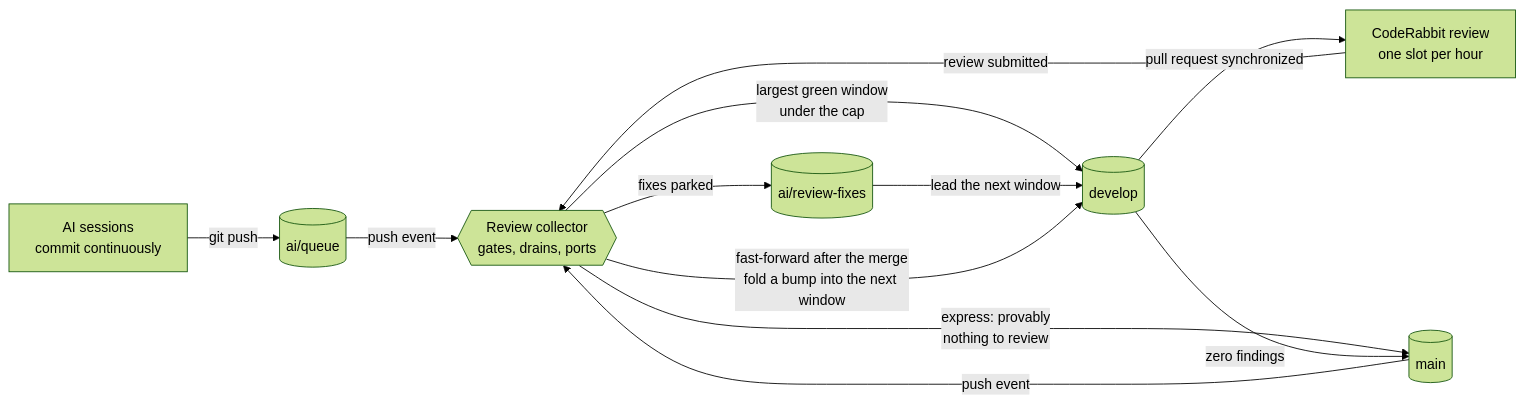
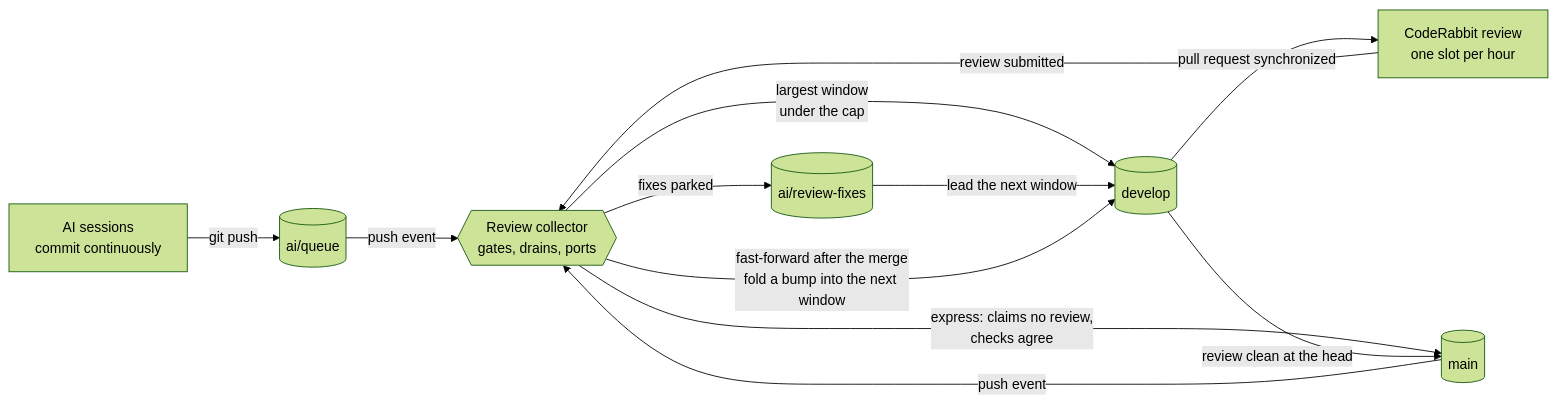
The diagram in README.md (Esposter/Esposter), drawn with Mermaid (forest theme) before and after one commit. The commit also changed other lines of this file and 4 other files, not shown here.

First line of the commit message:
docs(review-collector): the README describes the lane the collector actually runs, and Architecture is a heading of its own

````diff
--- a/README.md
+++ b/README.md
@@ -340,14 +340,14 @@
 ```mermaid
 flowchart LR
   S[AI sessions<br/>commit continuously] -->|git push| Q[(ai/queue)]
   Q -->|push event| C{{Review collector<br/>gates, drains, ports}}
-  C -->|largest green window<br/>under the cap| D[(develop)]
-  C -->|express: provably<br/>nothing to review| M
+  C -->|largest window<br/>under the cap| D[(develop)]
+  C -->|express: claims no review,<br/>checks agree| M
   D -->|pull request synchronized| R[CodeRabbit review<br/>one slot per hour]
   R -->|review submitted| C
   C -->|fixes parked| F[(ai/review-fixes)]
   F -->|lead the next window| D
-  D -->|zero findings| M[(main)]
+  D -->|review clean at the head| M[(main)]
   M -->|push event| C
   C -->|fast-forward after the merge<br/>fold a bump into the next window| D
 ```
````
